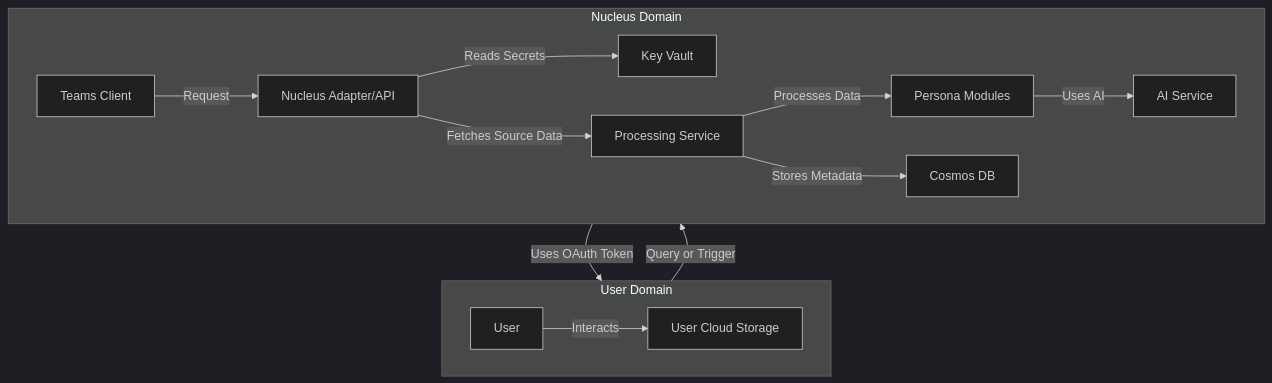
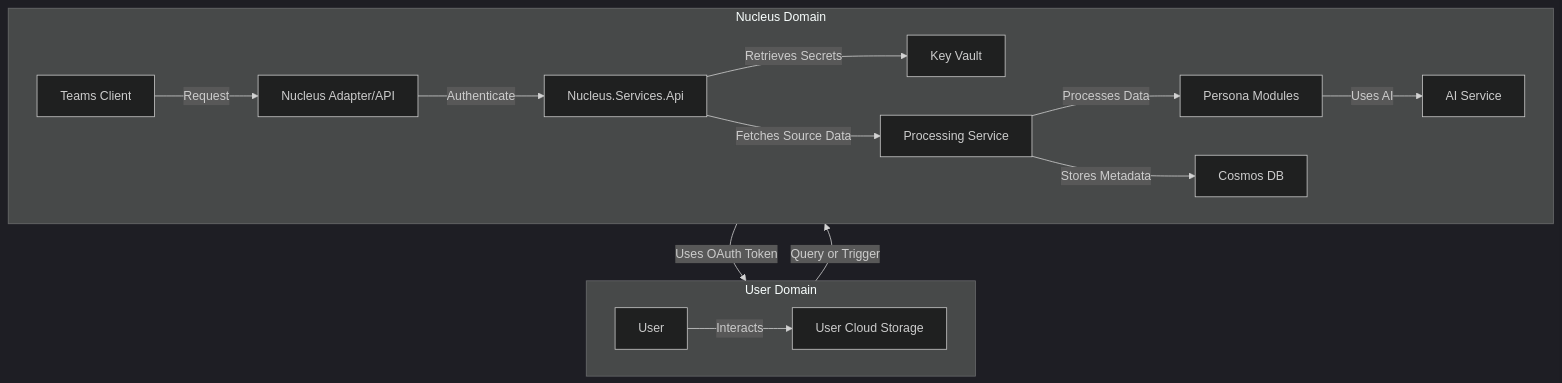
The diagram in Docs/Architecture/06_ARCHITECTURE_SECURITY.md (jfjordanfarr/Nucleus), drawn with Mermaid (dark theme) before and after one commit. The commit also changed other lines of this file and 168 other files, not shown here.

Commit message:
Namespace reorganization, first integration tests, API-first architecture

````diff
--- a/Docs/Architecture/06_ARCHITECTURE_SECURITY.md
+++ b/Docs/Architecture/06_ARCHITECTURE_SECURITY.md
@@ -38,29 +38,31 @@
 ```mermaid
 graph TD
     subgraph User Domain
         direction LR
         U[User]
         CS[User Cloud Storage]
         U -- Interacts --> CS
     end
 
     subgraph Nucleus Domain
         direction LR
         KV[Key Vault]
         Teams[Teams Client]
         Adapter[Nucleus Adapter/API]
         Proc[Processing Service]
         Persona[Persona Modules]
         AI[AI Service]
         Cosmos[Cosmos DB]
+        Api[Nucleus.Services.Api]
     end
 
     U -- Query or Trigger --> Teams
     Teams -- Request --> Adapter
-    Adapter -- Reads Secrets --> KV
-    Adapter -- Uses OAuth Token --> CS
-    Adapter -- Fetches Source Data --> Proc
+    Adapter -- Authenticate --> Api
+    Api -- Retrieves Secrets --> KV
+    Api -- Uses OAuth Token --> CS
+    Api -- Fetches Source Data --> Proc
     Proc -- Processes Data --> Persona
     Persona -- Uses AI --> AI
     Proc -- Stores Metadata --> Cosmos
 ```
````
